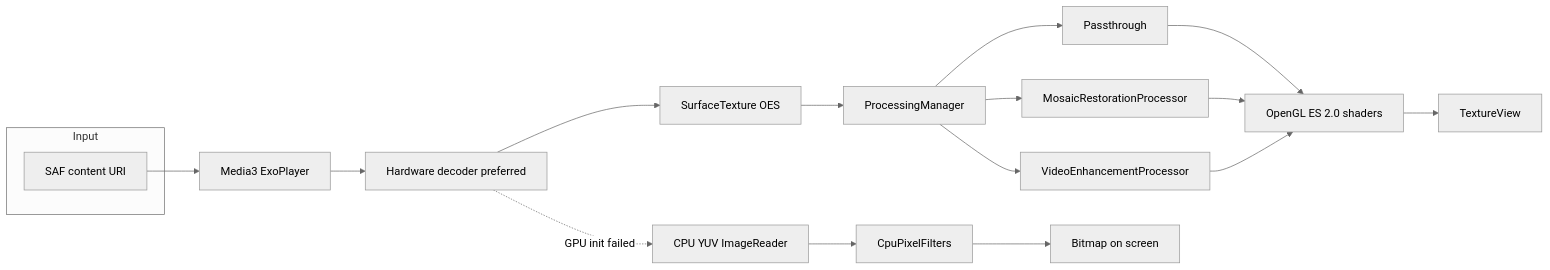
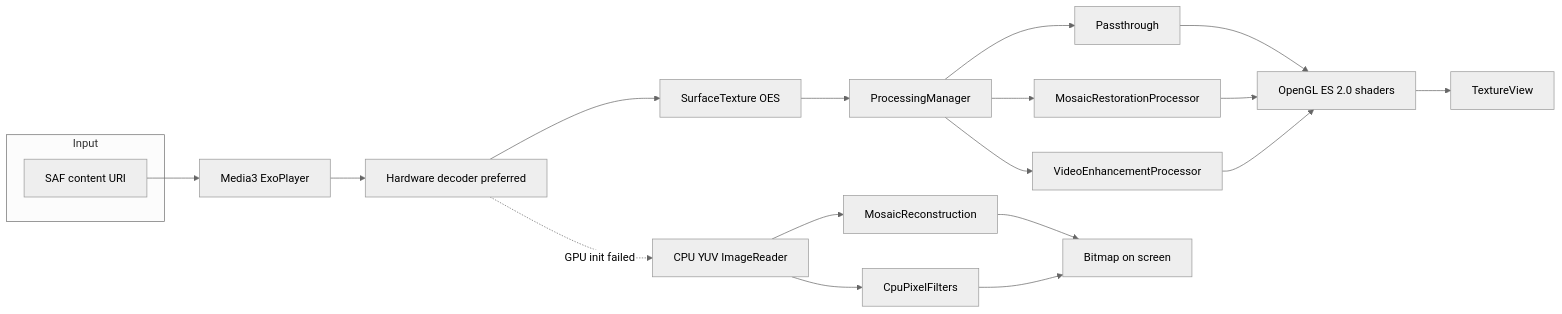
One commit to apsmkimo/PixelRestore-Player changed the diagram in README.md. Above: the diagram before and after it, drawn with Mermaid (neutral theme). The commit also changed other lines of this file and 27 other files, not shown here.

First line of the commit message:
Replace mosaic smoothing with lattice reconstruction.

````diff
--- a/README.md
+++ b/README.md
@@ -26,20 +27,22 @@
 ```mermaid
 flowchart LR
     subgraph input [Input]
         SAF[SAF content URI]
     end
     SAF --> Player[Media3 ExoPlayer]
     Player --> HW[Hardware decoder preferred]
     HW --> OES[SurfaceTexture OES]
     OES --> Manager[ProcessingManager]
     Manager --> Off[Passthrough]
     Manager --> Mosaic[MosaicRestorationProcessor]
     Manager --> Enhance[VideoEnhancementProcessor]
     Off --> GLES[OpenGL ES 2.0 shaders]
     Mosaic --> GLES
     Enhance --> GLES
     GLES --> View[TextureView]
     HW -. GPU init failed .-> CPU[CPU YUV ImageReader]
+    CPU --> MosaicCpu[MosaicReconstruction]
     CPU --> Filters[CpuPixelFilters]
-    Filters --> Bitmap[Bitmap on screen]
+    MosaicCpu --> Bitmap[Bitmap on screen]
+    Filters --> Bitmap
 ```
````
